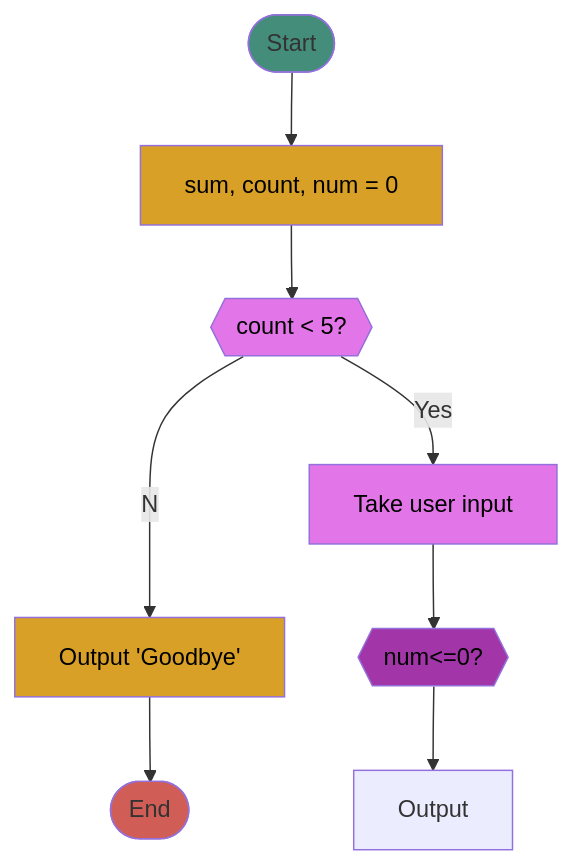
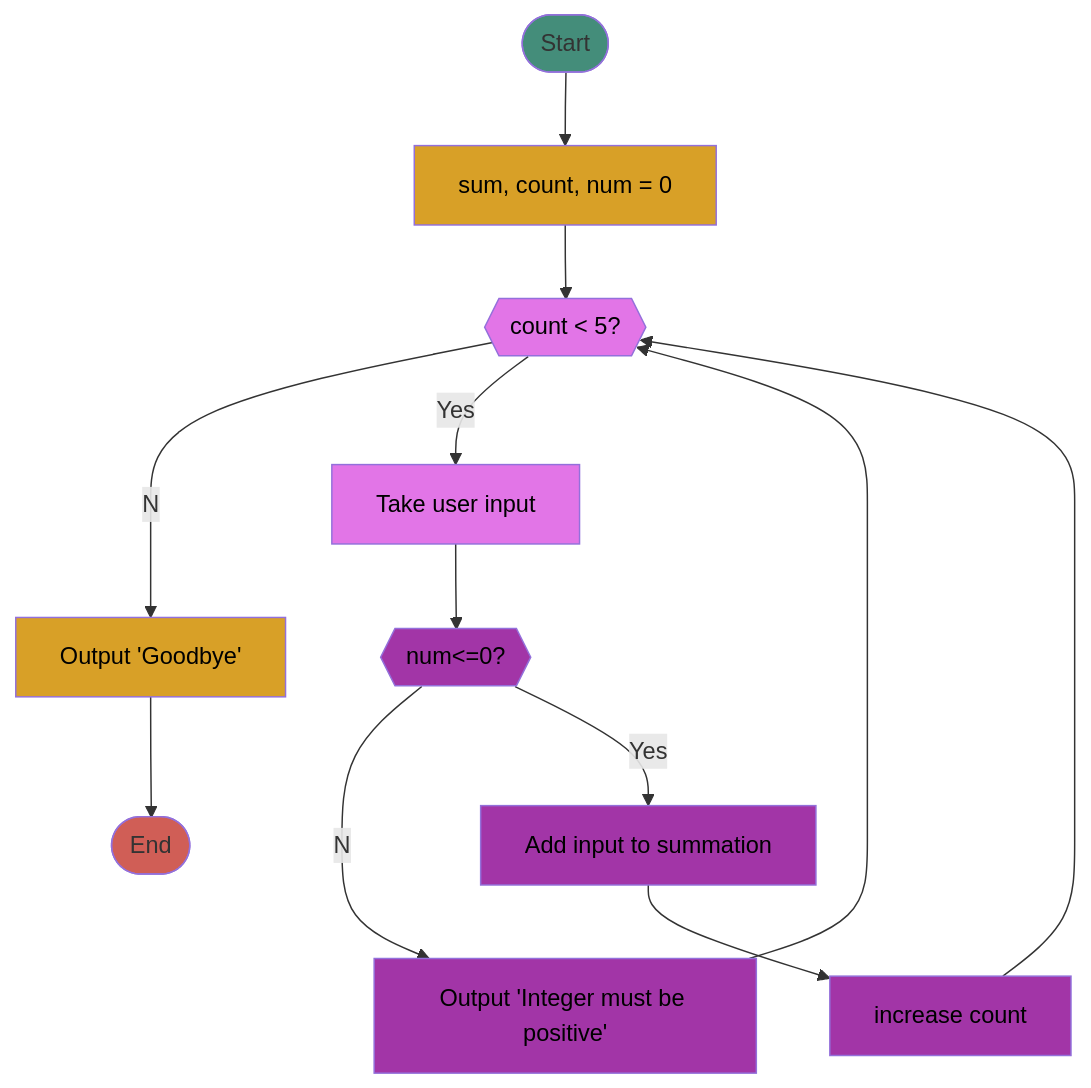
The second of 2 diagrams in CSE 2010-12(83648)/Week 4/2022-09-14 Loops.md (HokoraYinphineMPP/obsidian-git-sync), drawn with Mermaid before and after one commit.

Commit message:
vault backup: 2022-09-14 18:10:24

````diff
--- a/CSE 2010-12(83648)/Week 4/2022-09-14 Loops.md
+++ b/CSE 2010-12(83648)/Week 4/2022-09-14 Loops.md
@@ -97,16 +97,19 @@
 ```mermaid
 graph TD;
     A([Start]):::Green-->B;
     B[sum, count, num = 0]:::Yellow-->C;
     C{{count < 5?}}:::Purple--No-->D;
     C--Yes-->E;
     E[Take user input]:::Purple-->F;
-    F{{num<=0?}}:::DarkPurple-->G;
-    G[Output]
+    F{{num<=0?}}:::DarkPurple--No-->G;
+    F--Yes-->I;
+    I[Add input to summation]:::DarkPurple-->J;
+    J[increase count]:::DarkPurple-->C
+    G[Output 'Integer must be positive']:::DarkPurple-->C
 	D[Output 'Goodbye']:::Yellow-->H([End]):::Red;
 	classDef Red fill:#d05e56;
 	classDef Yellow fill:#d8a027, color:#000;
 	classDef Green fill:#448d7a;
 	classDef Purple fill:#e275e7, color:#000;
 	classDef DarkPurple fill:#a235a7, color:#000;
 ```
````
